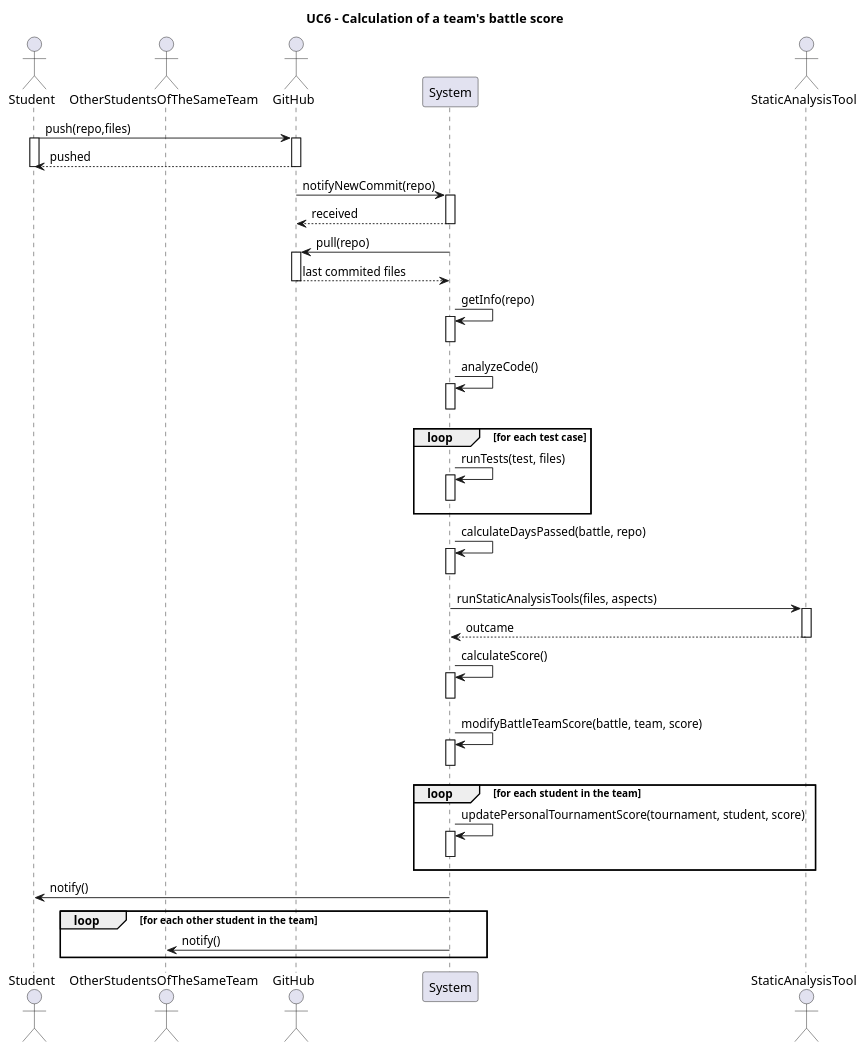
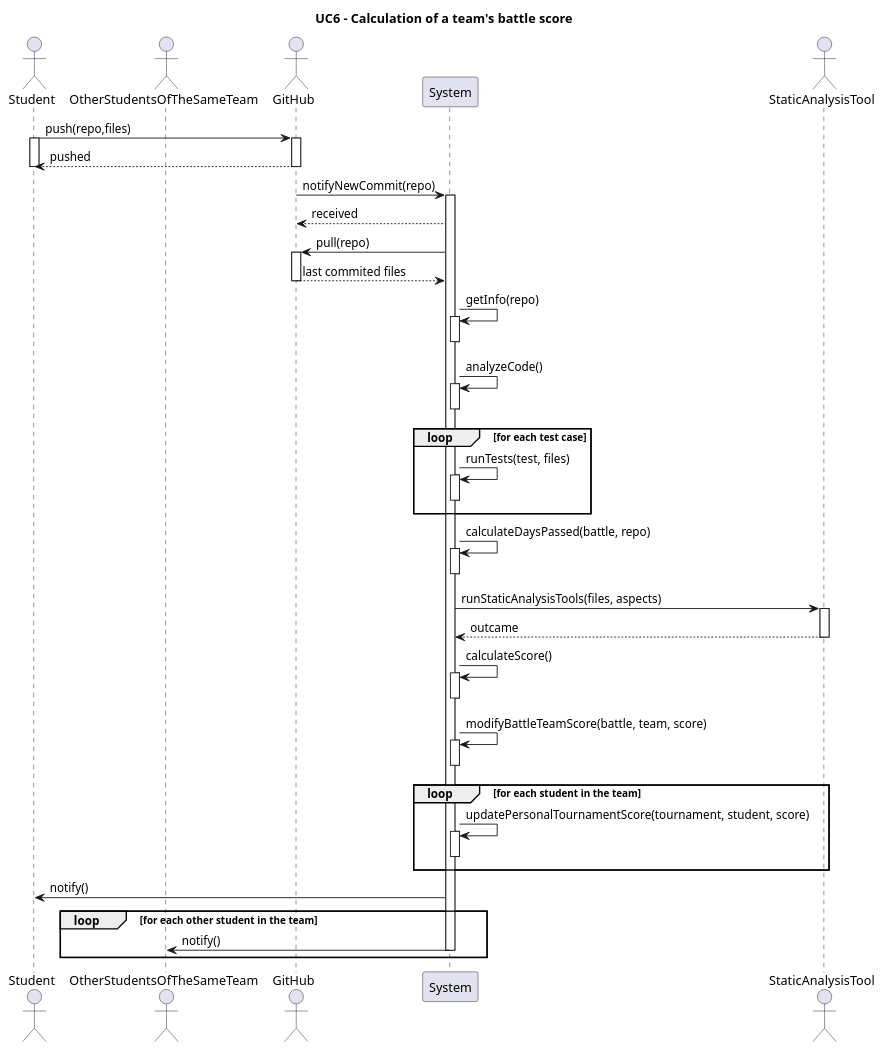
The diagram in rasd/puml/UC6.puml (Furrrlo/CodeKataBattle), drawn with PlantUML before and after one commit. The commit also changed 7 other files, not shown here.

Commit message:
Fixed Entry and Flow for each Use Case wrt specs

```diff
--- a/rasd/puml/UC6.puml
+++ b/rasd/puml/UC6.puml
@@ -1,58 +1,60 @@
 @startuml UC6
 title UC6 - Calculation of a team's battle score
 actor Student
 actor OtherStudentsOfTheSameTeam
 actor GitHub
 participant System
 actor StaticAnalysisTool
 
 Student -> GitHub ++ : push(repo,files)
 activate Student
 GitHub --> Student --: pushed
 deactivate Student
 
+
 GitHub -> System ++ : notifyNewCommit(repo)
 
-System --> GitHub --: received
+System --> GitHub : received
 
 System -> GitHub ++ : pull(repo)
 GitHub --> System --: last commited files
+
 
 System -> System ++: getInfo(repo)
 deactivate System
 
 System -> System ++: analyzeCode()
 deactivate System
 
 
 loop for each test case
     System -> System ++: runTests(test, files)
     deactivate System
 end
 
 System -> System ++: calculateDaysPassed(battle, repo)
 deactivate System
 
 System -> StaticAnalysisTool ++: runStaticAnalysisTools(files, aspects)
 StaticAnalysisTool --> System -- : outcame
 
 
 System -> System ++: calculateScore()
 deactivate System
 
 System -> System ++: modifyBattleTeamScore(battle, team, score)
 deactivate System
 
 loop for each student in the team
     System -> System ++: updatePersonalTournamentScore(tournament, student, score)
     deactivate System
 end
 
 System -> Student: notify()
 loop for each other student in the team
     System -> OtherStudentsOfTheSameTeam: notify()
     deactivate System
 end
 
 
 @enduml
```
